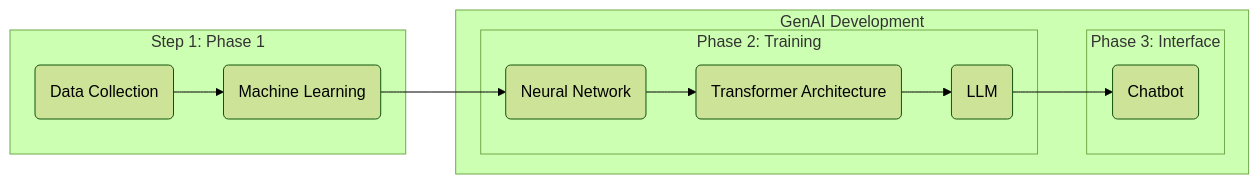
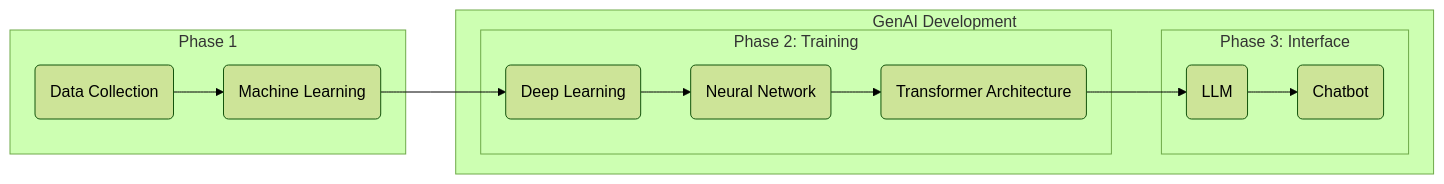
Before and after one commit to cul24002-ai/ai-copywriting-manual: the diagram in ai-copywriting-manual/docs/part1/overview.md, drawn with Mermaid (forest theme). The commit also changed other lines of this file, not shown here.

````diff
--- a/ai-copywriting-manual/docs/part1/overview.md
+++ b/ai-copywriting-manual/docs/part1/overview.md
@@ -78,18 +78,19 @@
 ```mermaid
 graph LR
-    subgraph Step 1: Phase 1
+    subgraph Phase 1
       A(Data Collection) --> B(Machine Learning)
     end
     
     subgraph AI["GenAI Development"]
         subgraph Phase 2: Training
-            B --> C(Neural Network)
-            C --> D(Transformer Architecture)
-            D --> E(LLM)
+            B --> C(Deep Learning)
+            C --> D(Neural Network)
+            D --> E(Transformer Architecture)
         end
         
         subgraph Phase 3: Interface
-            E --> F(Chatbot)
+            E --> F(LLM)
+            F --> G(Chatbot)
         end
     end
 ```
````
